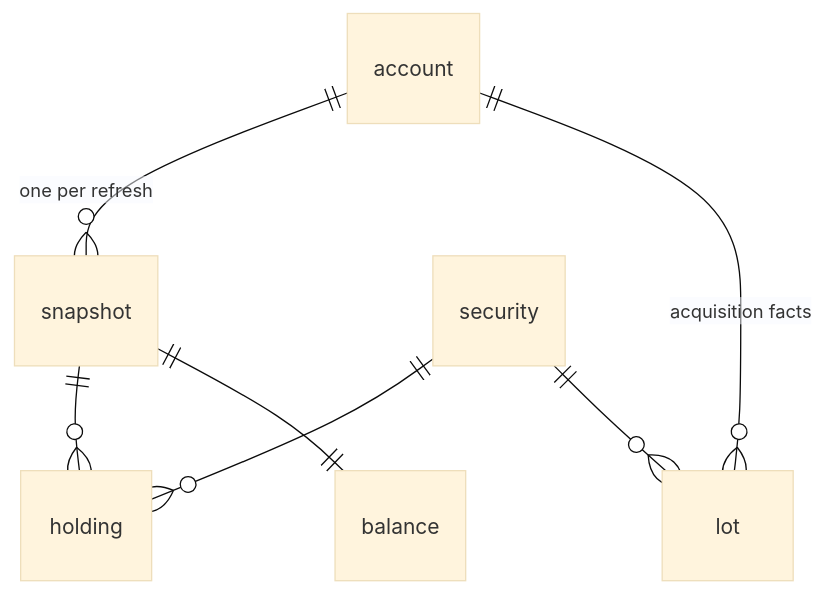
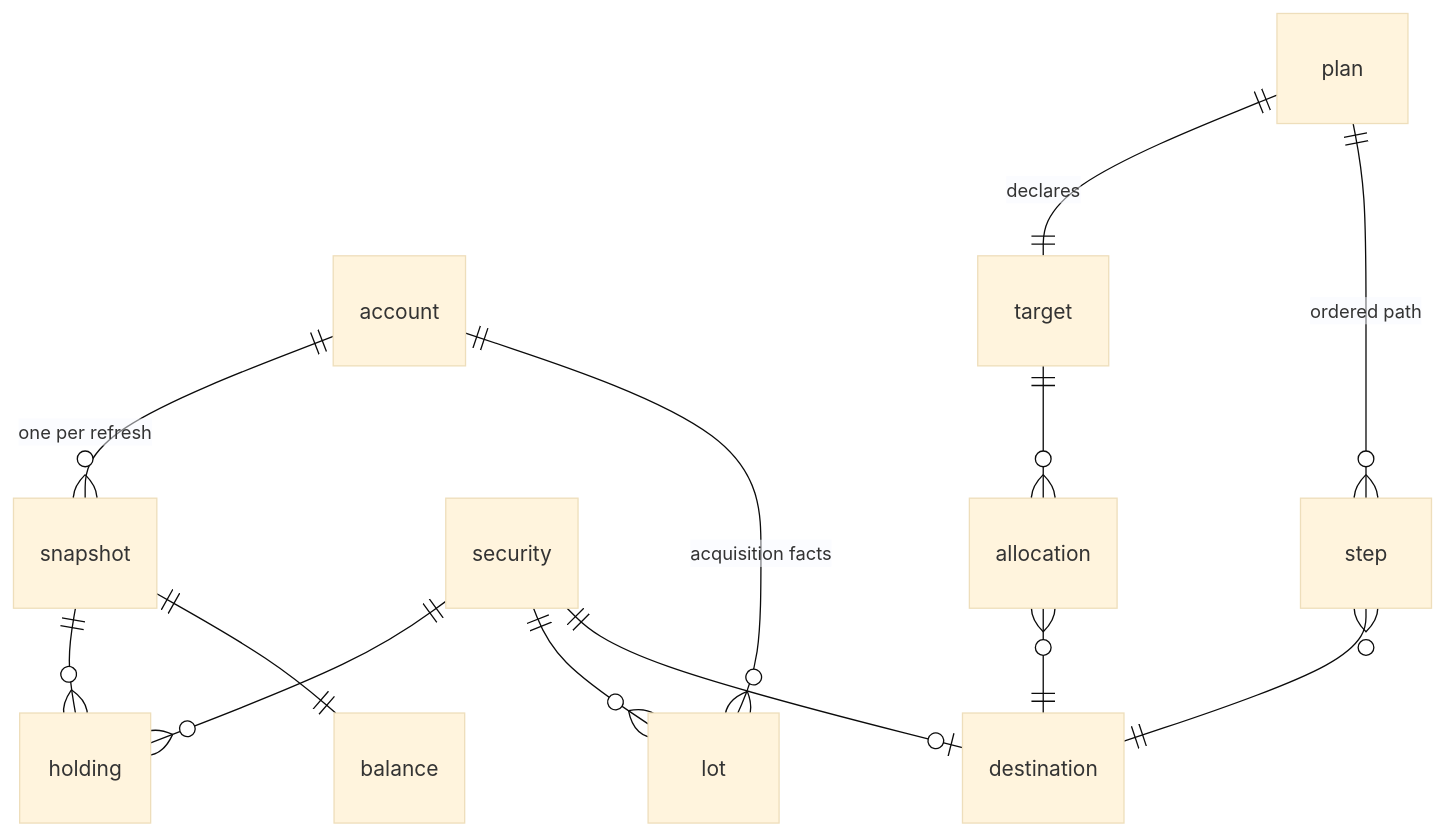
The diagram in apps/investment-portfolio-service/README.md (Heisler-Studio/foundry), drawn with Mermaid (base theme) before and after one commit. The commit also changed other lines of this file and 9 other files, not shown here.

First line of the commit message:
Rename sink to destination and adopt the real security FK

````diff
--- a/apps/investment-portfolio-service/README.md
+++ b/apps/investment-portfolio-service/README.md
@@ -19,9 +19,15 @@
 ```mermaid
 erDiagram
-    account  ||--o{ snapshot : "one per refresh"
-    account  ||--o{ lot      : "acquisition facts"
-    snapshot ||--o{ holding  : ""
-    snapshot ||--|| balance  : ""
-    security ||--o{ holding  : ""
-    security ||--o{ lot      : ""
+    account    ||--o{ snapshot    : "one per refresh"
+    account    ||--o{ lot         : "acquisition facts"
+    snapshot   ||--o{ holding     : ""
+    snapshot   ||--|| balance     : ""
+    security   ||--o{ holding     : ""
+    security   ||--o{ lot         : ""
+    security   ||--o| destination : ""
+    plan       ||--|| target      : declares
+    plan       ||--o{ step        : "ordered path"
+    target     ||--o{ allocation  : ""
+    allocation }o--|| destination : ""
+    step       }o--|| destination : ""
 ```
````
